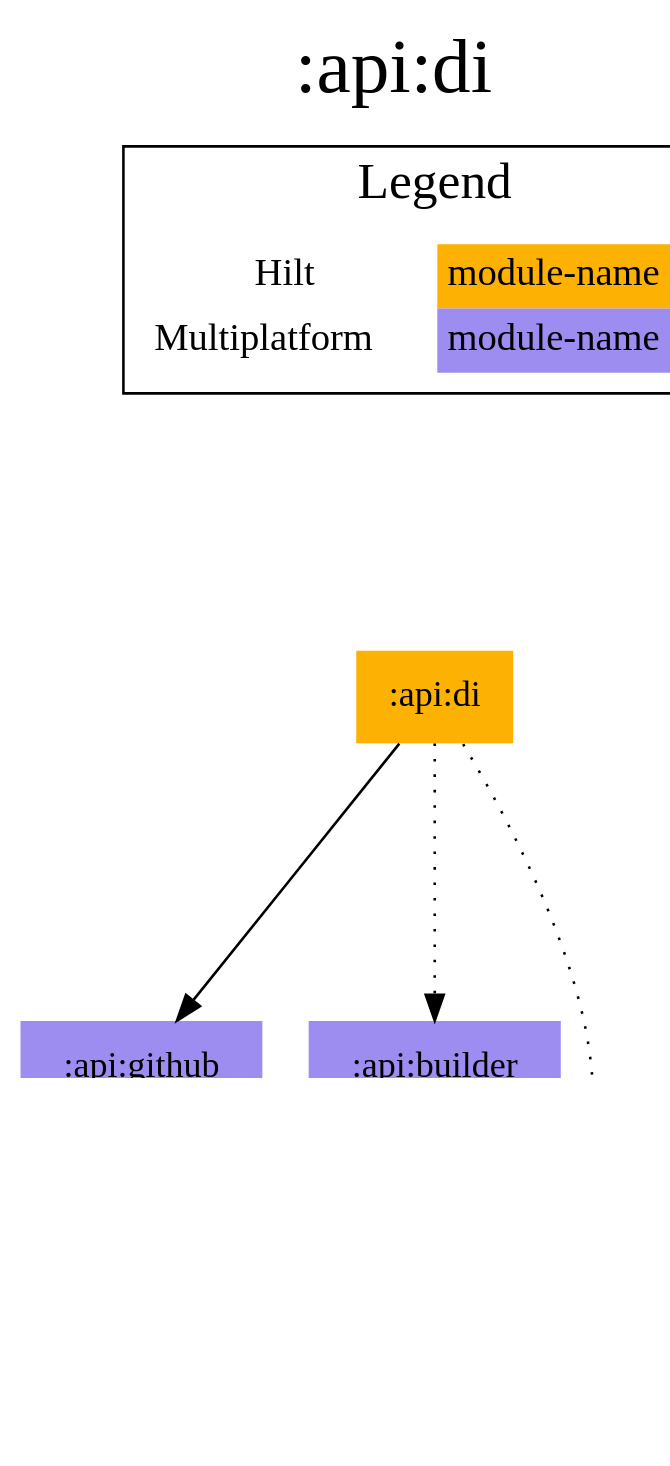
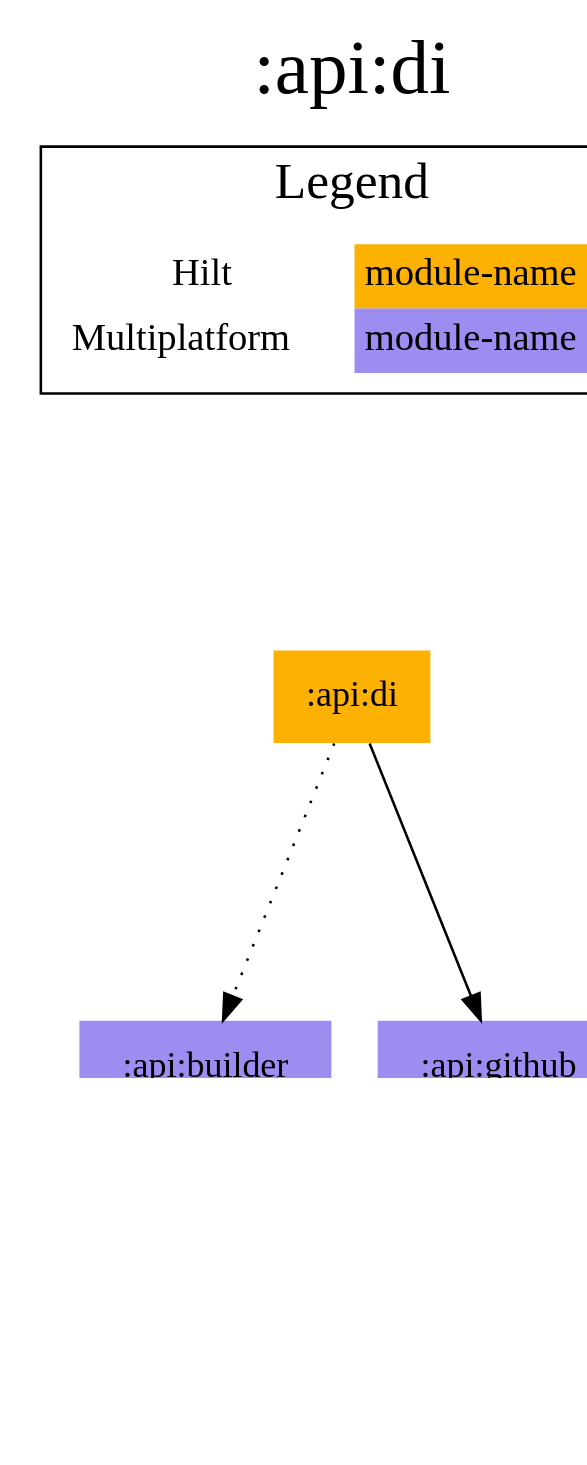
One commit to jonapoul/aktual changed the diagram in modules/api/di/project-dependency-graph.dot. Above: the diagram before and after it, drawn with Graphviz. The commit also changed 133 other files, not shown here.

```diff
--- a/modules/api/di/project-dependency-graph.dot
+++ b/modules/api/di/project-dependency-graph.dot
@@ -1,28 +1,27 @@
 digraph {
 edge ["dir"="forward"]
 graph ["dpi"="100","label"=":api:di","labelloc"="t","fontsize"="30","ranksep"="1.5","rankdir"="TB"]
 node ["style"="filled"]
+":api:builder" ["fillcolor"="#9D8DF1","shape"="none"]
 ":api:di" ["shape"="none","fillcolor"="#FCB103"]
 ":api:github" ["fillcolor"="#9D8DF1","shape"="none"]
-":api:builder" ["fillcolor"="#9D8DF1","shape"="none"]
 ":url:model" ["fillcolor"="#9D8DF1","shape"="none"]
 {
 edge ["dir"="none"]
 graph ["rank"="same"]
 ":api:di"
 }
 ":api:builder" -> ":url:model"
 ":api:di" -> ":api:builder" ["style"="dotted"]
 ":api:di" -> ":api:github"
-":api:di" -> ":url:model" ["style"="dotted"]
 subgraph "cluster_legend" {
 edge ["dir"="none"]
 graph ["label"="Legend","fontsize"="20"]
 "Legend" ["style"="filled","fillcolor"="#FFFFFF","shape"="none","margin"="0","fontsize"="15","label"=<
 <TABLE BORDER="0" CELLBORDER="0" CELLSPACING="0" CELLPADDING="4">
 <TR><TD>Hilt</TD><TD BGCOLOR="#FCB103">module-name</TD></TR>
 <TR><TD>Multiplatform</TD><TD BGCOLOR="#9D8DF1">module-name</TD></TR>
 </TABLE>
 >]
 } -> ":api:di" ["style"="invis"]
 }
```
